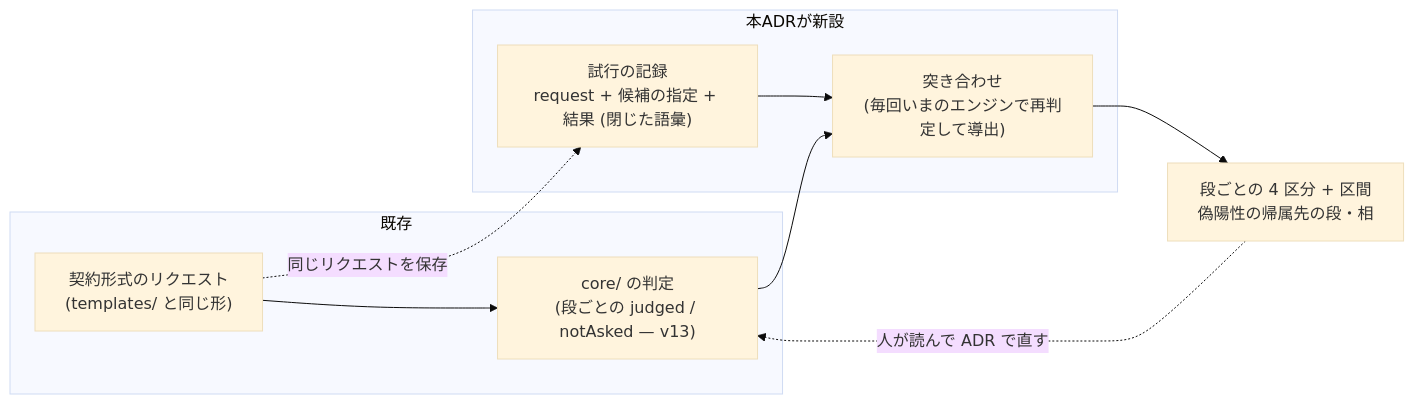
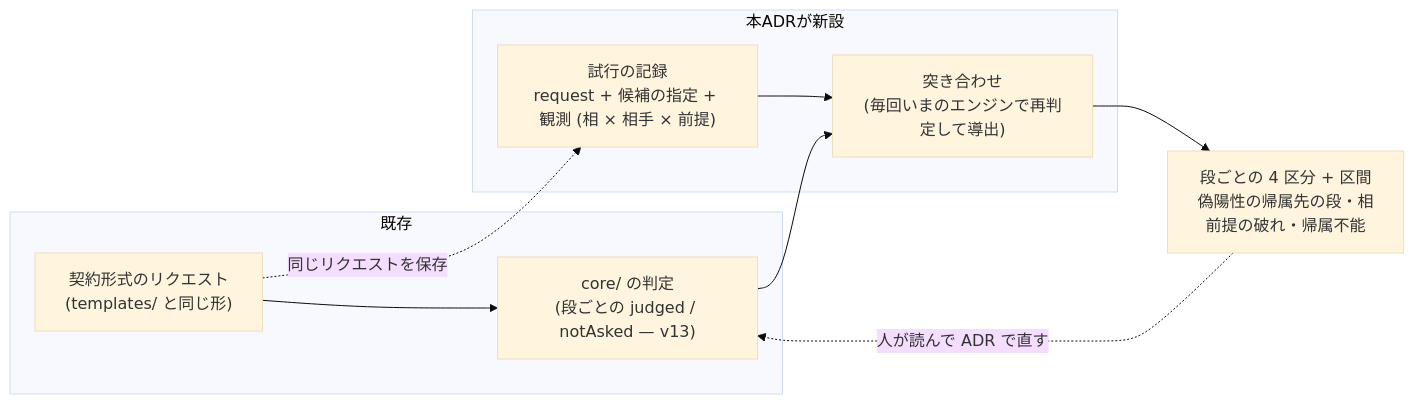
Before and after one commit to yuubae215/easy-extrude: the diagram in docs/adr/ADR-173-a-verdict-is-a-prediction-scored-against-real-trials.md, drawn with Mermaid (base theme). The commit also changed other lines of this file and 3 other files, not shown here.

````diff
--- a/docs/adr/ADR-173-a-verdict-is-a-prediction-scored-against-real-trials.md
+++ b/docs/adr/ADR-173-a-verdict-is-a-prediction-scored-against-real-trials.md
@@ -54,15 +54,15 @@
 ```mermaid
 graph LR
   subgraph 既存
     REQ["契約形式のリクエスト<br/>(templates/ と同じ形)"] --> CORE["core/ の判定<br/>(段ごとの judged / notAsked — v13)"]
   end
   subgraph 本ADRが新設
-    TR["試行の記録<br/>request + 候補の指定 + 結果 (閉じた語彙)"]
+    TR["試行の記録<br/>request + 候補の指定 + 観測 (相 × 相手 × 前提)"]
     AGG["突き合わせ<br/>(毎回いまのエンジンで再判定して導出)"]
   end
   REQ -.同じリクエストを保存.-> TR
   TR --> AGG
   CORE --> AGG
-  AGG --> OUT["段ごとの 4 区分 + 区間<br/>偽陽性の帰属先の段・相"]
+  AGG --> OUT["段ごとの 4 区分 + 区間<br/>偽陽性の帰属先の段・相<br/>前提の破れ・帰属不能"]
   OUT -.人が読んで ADR で直す.-> CORE
 ```
````
